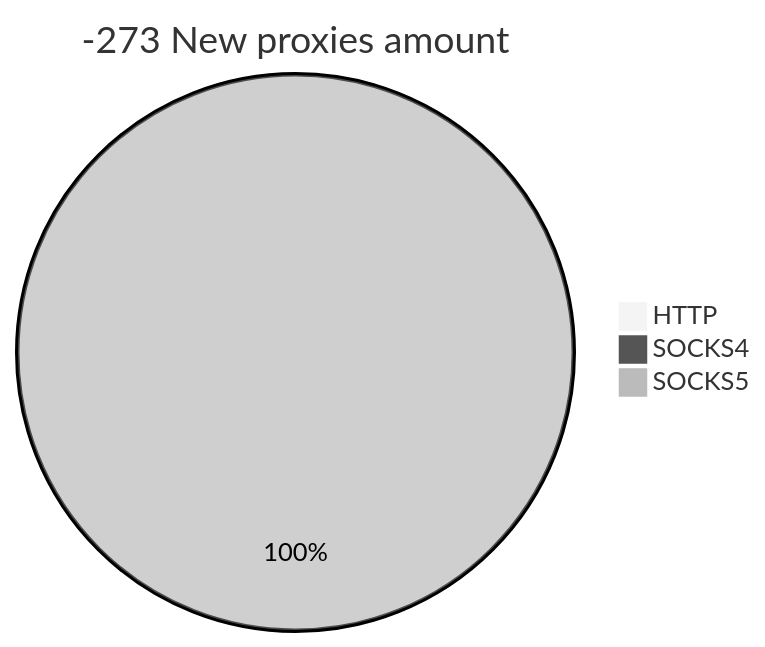
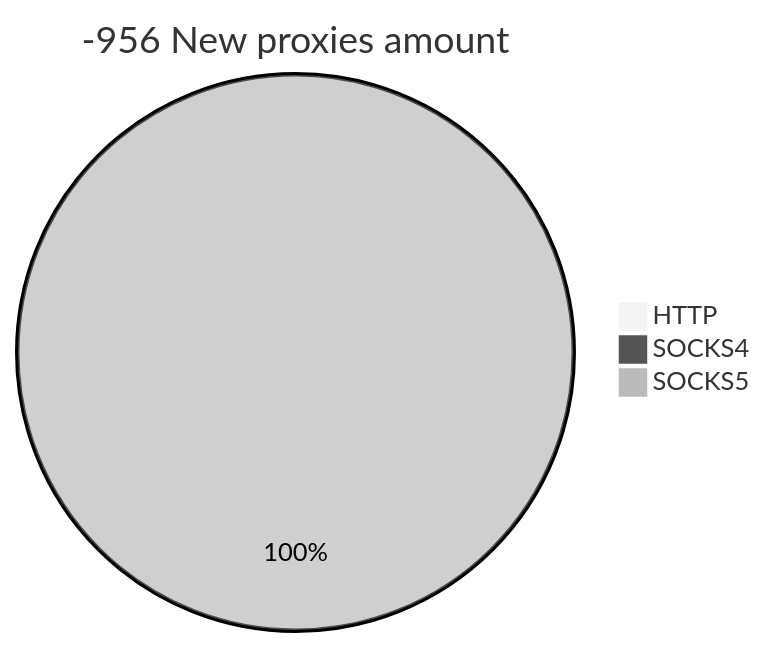
Before and after one commit to cutipu/proxylist: the second of 2 diagrams in README.md, drawn with Mermaid (neutral theme). The commit also changed other lines of this file, not shown here.

````diff
--- a/README.md
+++ b/README.md
@@ -10,6 +10,6 @@
 ```mermaid
-pie title -273 New proxies amount
+pie title -956 New proxies amount
     "HTTP" : 0
     "SOCKS4" : 0
-    "SOCKS5" : 38
+    "SOCKS5" : 1
 ```
````
